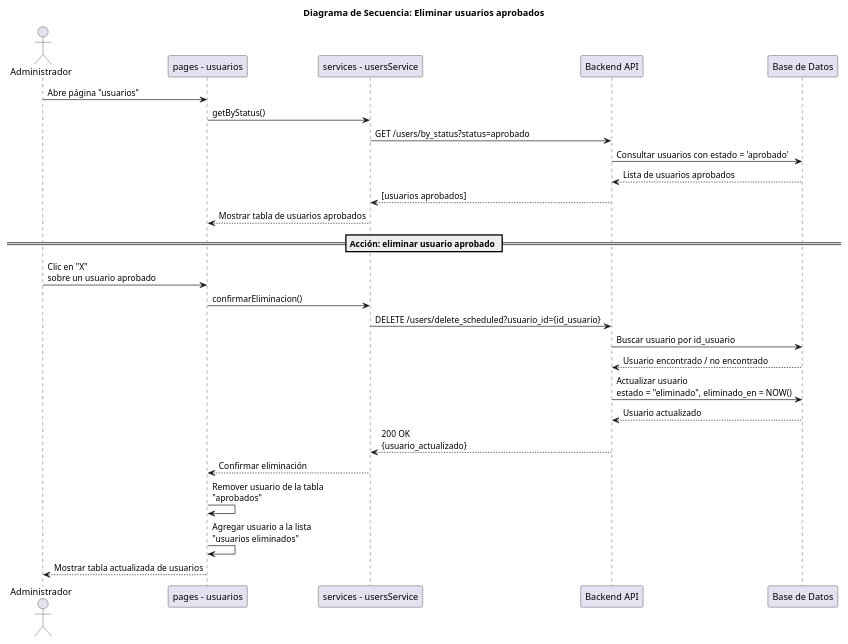
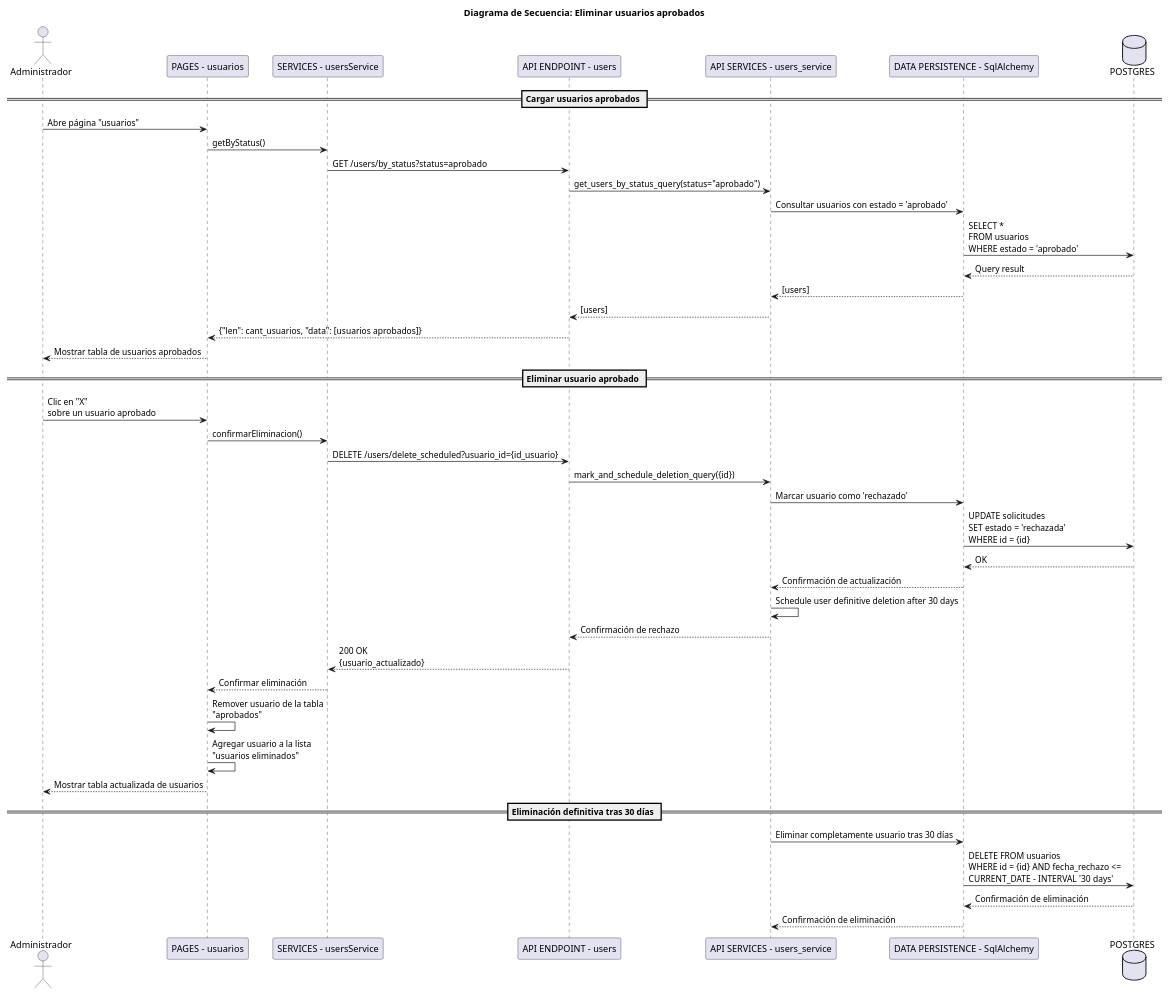
Before and after one commit to Niik4466/SolarWeb: the diagram in docs/diagrama_secuencia/sprint2/HU_4A.wsd, drawn with PlantUML. The commit also changed 2 other files, not shown here.

Commit message:
Agregados diagramas de - HU_1A - HU_4A - HU_4i

```diff
--- a/docs/diagrama_secuencia/sprint2/HU_4A.wsd
+++ b/docs/diagrama_secuencia/sprint2/HU_4A.wsd
@@ -1,39 +1,56 @@
 @startuml
 title Diagrama de Secuencia: Eliminar usuarios aprobados
 
 actor Administrador
-participant UI as "pages - usuarios"
-participant FE_Service as "services - usersService"
-participant BE as "Backend API"
-participant DB as "Base de Datos"
+participant UI as "PAGES - usuarios"
+participant FE_Service as "SERVICES - usersService"
+participant ENDPOINT as "API ENDPOINT - users"
+participant SERVICE as "API SERVICES - users_service"
+participant SQL as "DATA PERSISTENCE - SqlAlchemy"
+database DB as "POSTGRES"
+
+== Cargar usuarios aprobados ==
 
 Administrador -> UI : Abre página "usuarios"
 UI -> FE_Service : getByStatus()
-FE_Service -> BE : GET /users/by_status?status=aprobado
-BE -> DB : Consultar usuarios con estado = 'aprobado'
-DB --> BE : Lista de usuarios aprobados
-BE --> FE_Service : [usuarios aprobados]
-FE_Service --> UI : Mostrar tabla de usuarios aprobados
+FE_Service -> ENDPOINT : GET /users/by_status?status=aprobado
+ENDPOINT -> SERVICE : get_users_by_status_query(status="aprobado")
+SERVICE -> SQL : Consultar usuarios con estado = 'aprobado'
+SQL -> DB : SELECT * \nFROM usuarios \nWHERE estado = 'aprobado'
+DB --> SQL : Query result
+SQL --> SERVICE : [users]
+SERVICE --> ENDPOINT : [users]
+ENDPOINT --> UI : {"len": cant_usuarios, "data": [usuarios aprobados]}
+UI --> Administrador : Mostrar tabla de usuarios aprobados
 
-== Acción: eliminar usuario aprobado ==
+== Eliminar usuario aprobado ==
 
 Administrador -> UI : Clic en "X"\nsobre un usuario aprobado
 
 UI -> FE_Service : confirmarEliminacion()
 
-FE_Service -> BE : DELETE /users/delete_scheduled?usuario_id={id_usuario}
 
-BE -> DB : Buscar usuario por id_usuario
-DB --> BE : Usuario encontrado / no encontrado
+FE_Service -> ENDPOINT : DELETE /users/delete_scheduled?usuario_id={id_usuario}
 
-BE -> DB : Actualizar usuario\nestado = "eliminado", eliminado_en = NOW()
-DB --> BE : Usuario actualizado
+ENDPOINT -> SERVICE : mark_and_schedule_deletion_query({id})
+SERVICE -> SQL : Marcar usuario como 'rechazado'
+SQL -> DB : UPDATE solicitudes\nSET estado = 'rechazada'\nWHERE id = {id}
+DB --> SQL : OK
+SQL --> SERVICE : Confirmación de actualización
+SERVICE -> SERVICE: Schedule user definitive deletion after 30 days
+SERVICE --> ENDPOINT : Confirmación de rechazo
 
-BE --> FE_Service : 200 OK\n{usuario_actualizado}
+ENDPOINT --> FE_Service : 200 OK\n{usuario_actualizado}
 FE_Service --> UI : Confirmar eliminación
 
 UI -> UI : Remover usuario de la tabla\n"aprobados"
 UI -> UI : Agregar usuario a la lista\n"usuarios eliminados"
 UI --> Administrador : Mostrar tabla actualizada de usuarios
 
+== Eliminación definitiva tras 30 días ==
+
+SERVICE -> SQL : Eliminar completamente usuario tras 30 días
+SQL -> DB : DELETE FROM usuarios\nWHERE id = {id} AND fecha_rechazo <= \nCURRENT_DATE - INTERVAL '30 days'
+DB --> SQL : Confirmación de eliminación
+SQL --> SERVICE : Confirmación de eliminación
 @enduml
```
